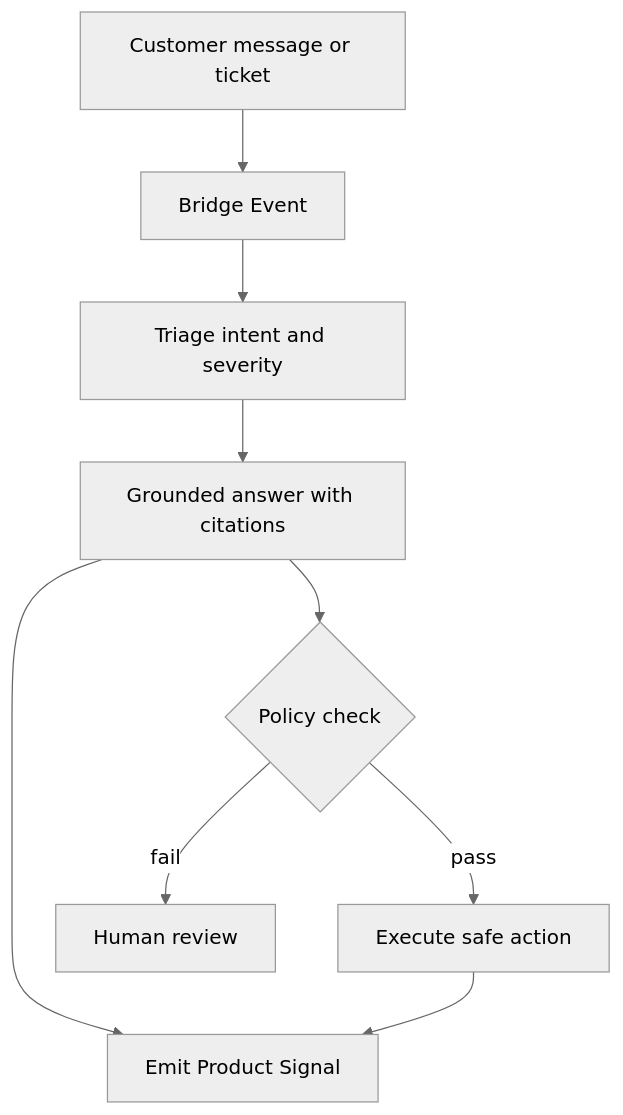
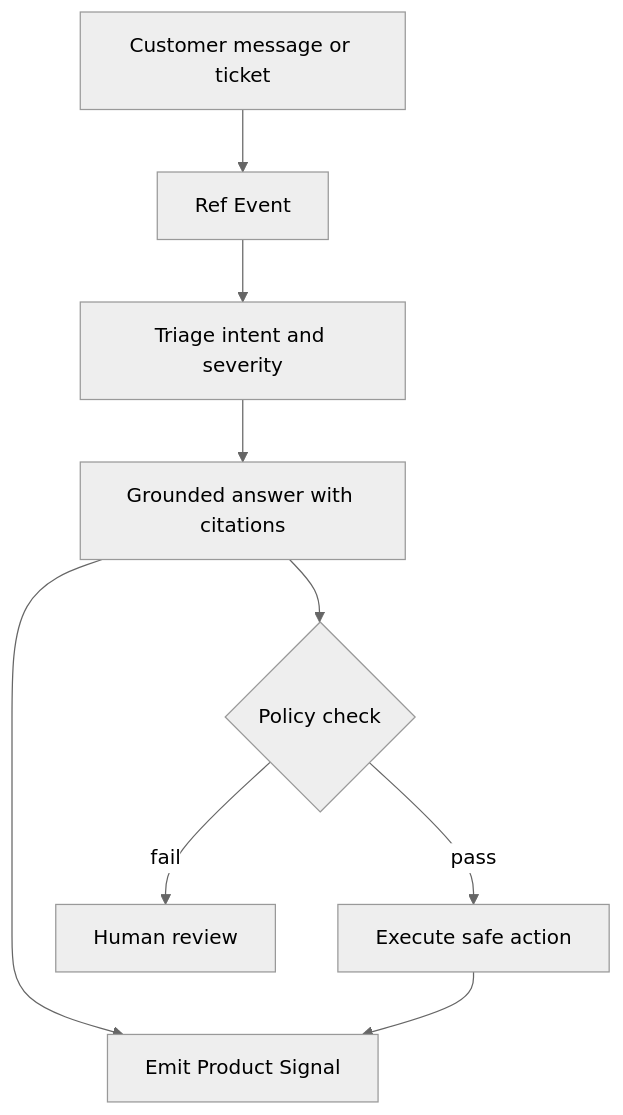
One commit to aurelius-in/RainRef changed the first of 5 diagrams in README.md. Above: the diagram before and after it, drawn with Mermaid (neutral theme). The commit also changed other lines of this file, not shown here.

````diff
--- a/README.md
+++ b/README.md
@@ -44,11 +45,11 @@
 ```mermaid
 graph TB
-  A[Customer message or ticket] --> B[Bridge Event]
+  A[Customer message or ticket] --> B[Ref Event]
   B --> C[Triage intent and severity]
   C --> D[Grounded answer with citations]
   D --> E{Policy check}
   E -->|pass| F[Execute safe action]
   E -->|fail| G[Human review]
   D --> H[Emit Product Signal]
   F --> H
 ```
````
